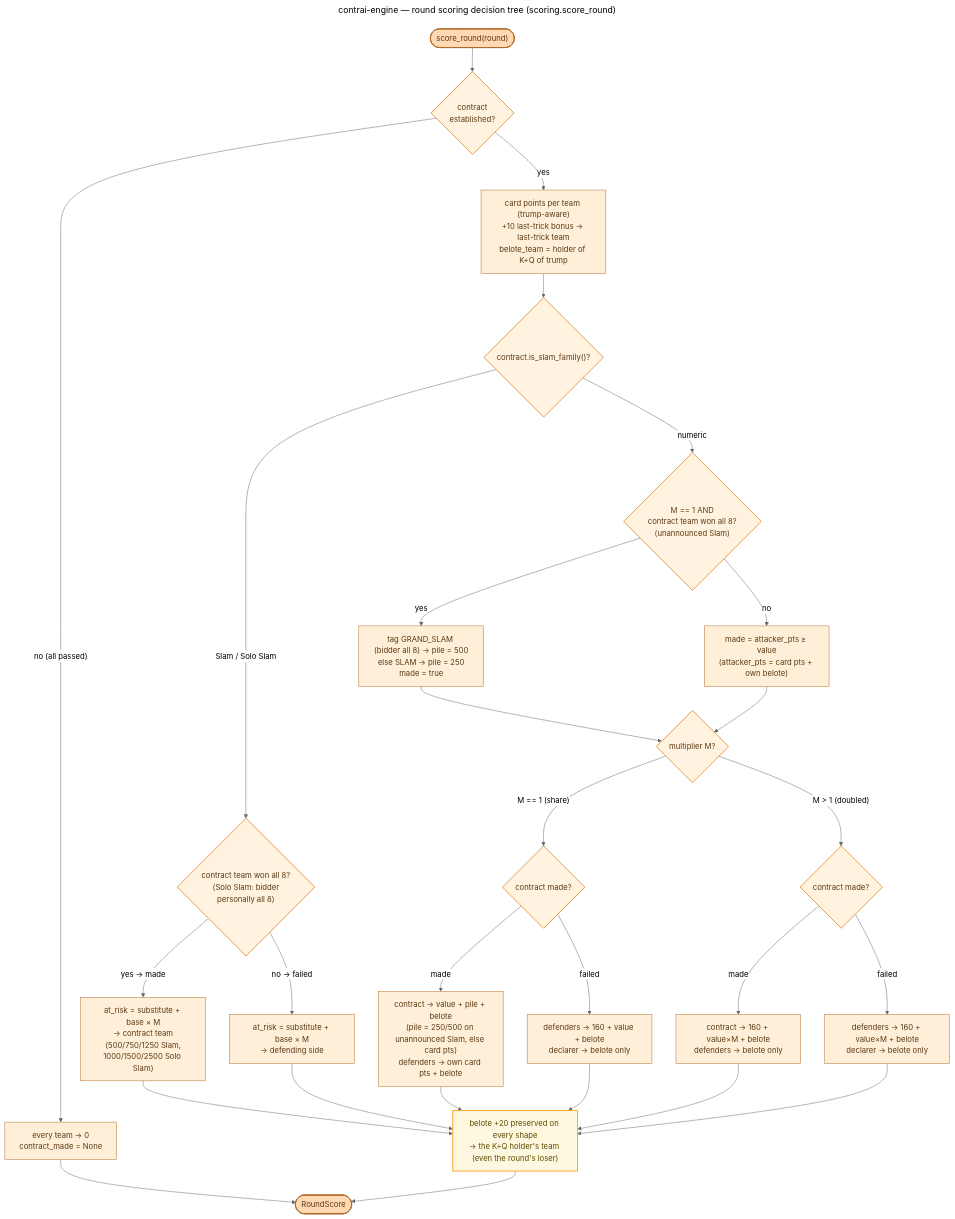
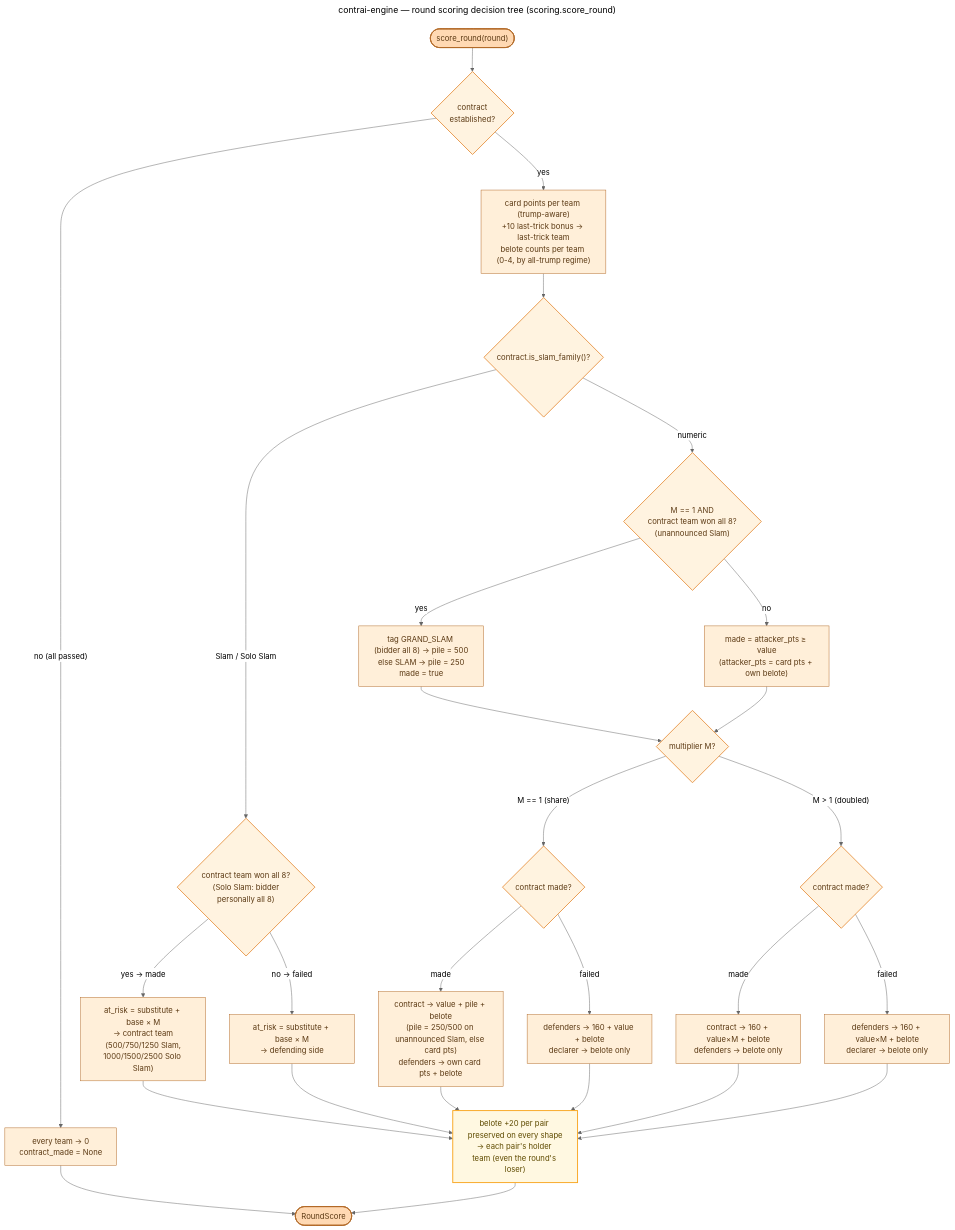
Before and after one commit to valmathieu/ContrAI: the diagram in docs/diagrams/flow_scoring.mmd, drawn with Mermaid (neutral theme). The commit also changed 20 other files, not shown here.

```diff
--- a/docs/diagrams/flow_scoring.mmd
+++ b/docs/diagrams/flow_scoring.mmd
@@ -1,55 +1,55 @@
 ---
 title: contrai-engine — round scoring decision tree (scoring.score_round)
 ---
 flowchart TD
     Start(["score_round(round)"]) --> HasContract{"contract<br/>established?"}
 
     HasContract -- "no (all passed)" --> Zero["every team → 0<br/>contract_made = None"]
     Zero --> End(["RoundScore"])
 
-    HasContract -- "yes" --> Points["card points per team (trump-aware)<br/>+10 last-trick bonus → last-trick team<br/>belote_team = holder of K+Q of trump"]
+    HasContract -- "yes" --> Points["card points per team (trump-aware)<br/>+10 last-trick bonus → last-trick team<br/>belote counts per team (0-4, by all-trump regime)"]
     Points --> Family{"contract.is_slam_family()?"}
 
     %% ---------- Slam / Solo Slam path ----------
     Family -- "Slam / Solo Slam" --> SlamMade{"contract team won all 8?<br/>(Solo Slam: bidder<br/>personally all 8)"}
     SlamMade -- "yes → made" --> SlamWin["at_risk = substitute + base × M<br/>→ contract team<br/>(500/750/1250 Slam,<br/>1000/1500/2500 Solo Slam)"]
     SlamMade -- "no → failed" --> SlamLose["at_risk = substitute + base × M<br/>→ defending side"]
     SlamWin --> Belote
     SlamLose --> Belote
 
     %% ---------- Numeric path (80–180) ----------
     Family -- "numeric" --> Sweep{"M == 1 AND<br/>contract team won all 8?<br/>(unannounced Slam)"}
     Sweep -- "yes" --> SweepTag["tag GRAND_SLAM (bidder all 8) → pile = 500<br/>else SLAM → pile = 250<br/>made = true"]
     Sweep -- "no" --> NumMade
     SweepTag --> Mult
 
     NumMade["made = attacker_pts ≥ value<br/>(attacker_pts = card pts + own belote)"] --> Mult{"multiplier M?"}
 
     %% --- M == 1: share the pile ---
     Mult -- "M == 1 (share)" --> ShareMade{"contract made?"}
     ShareMade -- "made" --> ShareWin["contract → value + pile + belote<br/>(pile = 250/500 on unannounced Slam, else card pts)<br/>defenders → own card pts + belote"]
     ShareMade -- "failed" --> ShareLose["defenders → 160 + value + belote<br/>declarer → belote only"]
     ShareWin --> Belote
     ShareLose --> Belote
 
     %% --- M > 1: winner takes all ---
     Mult -- "M > 1 (doubled)" --> DblMade{"contract made?"}
     DblMade -- "made" --> DblWin["contract → 160 + value×M + belote<br/>defenders → belote only"]
     DblMade -- "failed" --> DblLose["defenders → 160 + value×M + belote<br/>declarer → belote only"]
     DblWin --> Belote
     DblLose --> Belote
 
     %% ---------- Shared belote footer ----------
-    Belote["belote +20 preserved on every shape<br/>→ the K+Q holder's team (even the round's loser)"]
+    Belote["belote +20 per pair preserved on every shape<br/>→ each pair's holder team (even the round's loser)"]
     Belote --> End
 
     %% ---------- Engine-orange palette ----------
     classDef entry fill:#FFD9B3,stroke:#B26A28,stroke-width:2px,color:#5C3A14;
     classDef step fill:#FFEFD9,stroke:#B26A28,stroke-width:1px,color:#5C3A14;
     classDef decision fill:#FFF3E0,stroke:#E89A4F,stroke-width:2px,color:#5C3A14;
     classDef belote fill:#FFF8E1,stroke:#F9A825,stroke-width:2px,color:#5F4B00;
 
     class Start,End entry;
     class HasContract,Family,SlamMade,Sweep,Mult,ShareMade,DblMade decision;
     class Zero,Points,SlamWin,SlamLose,SweepTag,NumMade,ShareWin,ShareLose,DblWin,DblLose step;
     class Belote belote;
```
